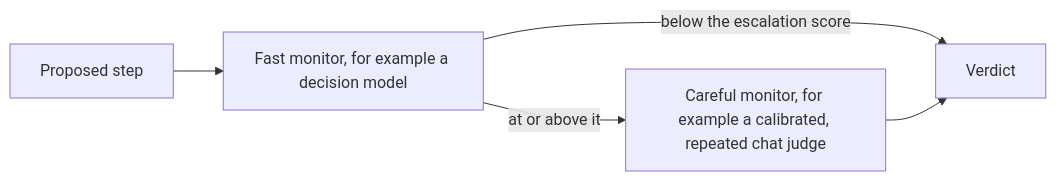
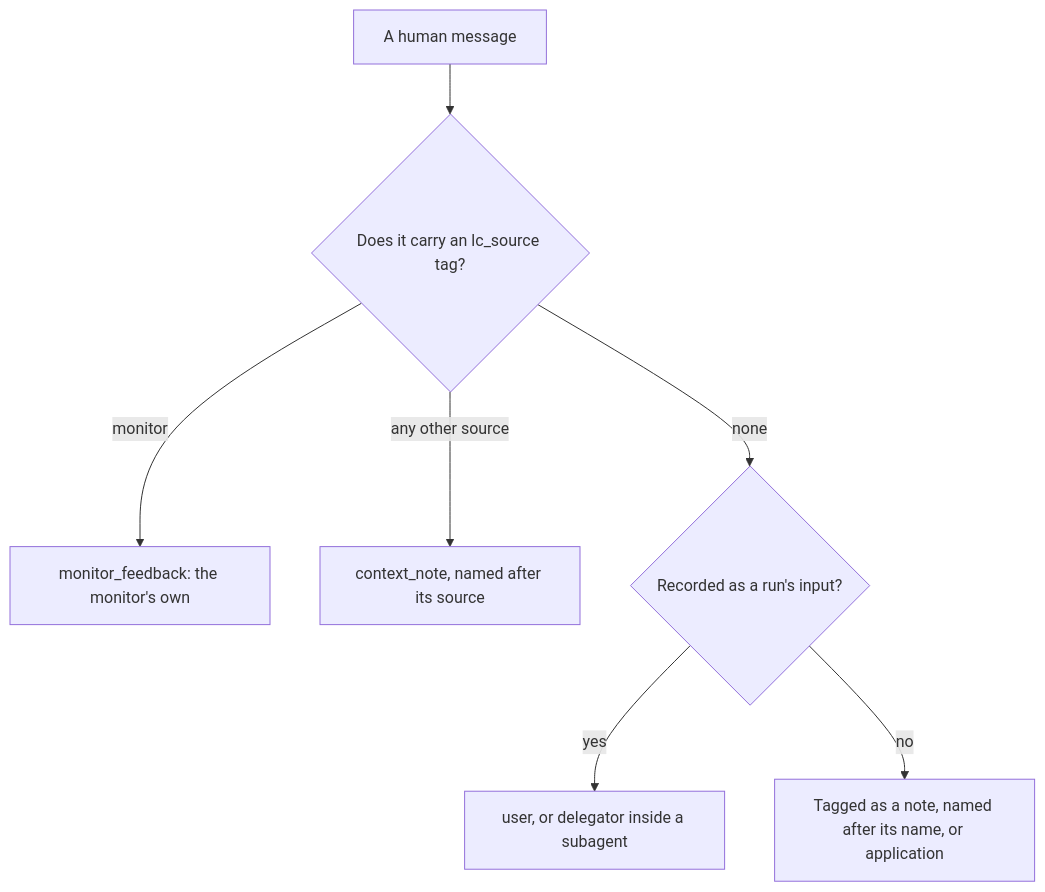
One commit to omamori-lab/langchain-sync-monitors changed the fourth of 7 diagrams in docs/explanation/design.md. Above: the diagram before and after it, drawn with Mermaid. The commit also changed other lines of this file, not shown here.

First line of the commit message:
Restructure the design page around its mechanisms

````diff
--- a/docs/explanation/design.md
+++ b/docs/explanation/design.md
@@ -624,7 +422,9 @@
 ```mermaid
-flowchart LR
-    step["Proposed step"] --> fast["Fast monitor, for example a decision model"]
-    fast -- "below the escalation score" --> verdict["Verdict"]
-    fast -- "at or above it" --> careful["Careful monitor, for example a calibrated, repeated chat judge"]
-    careful --> verdict
+flowchart TD
+    message["A human message"] --> source{"Does it carry an lc_source tag?"}
+    source -- "monitor" --> feedback["monitor_feedback: the monitor's own"]
+    source -- "any other source" --> note["context_note, named after its source"]
+    source -- "none" --> input{"Recorded as a run's input?"}
+    input -- "yes" --> author["user, or delegator inside a subagent"]
+    input -- "no" --> tagged["Tagged as a note, named after its name, or application"]
 ```
````
